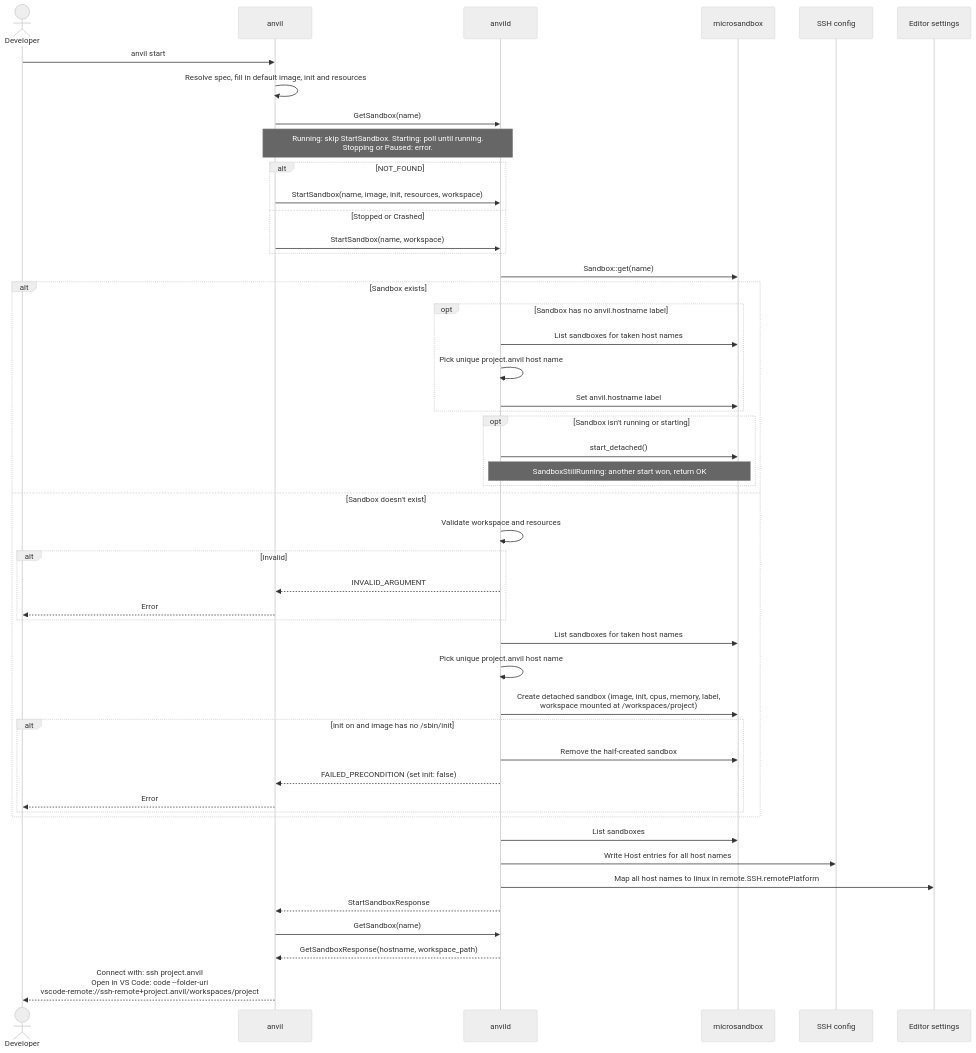
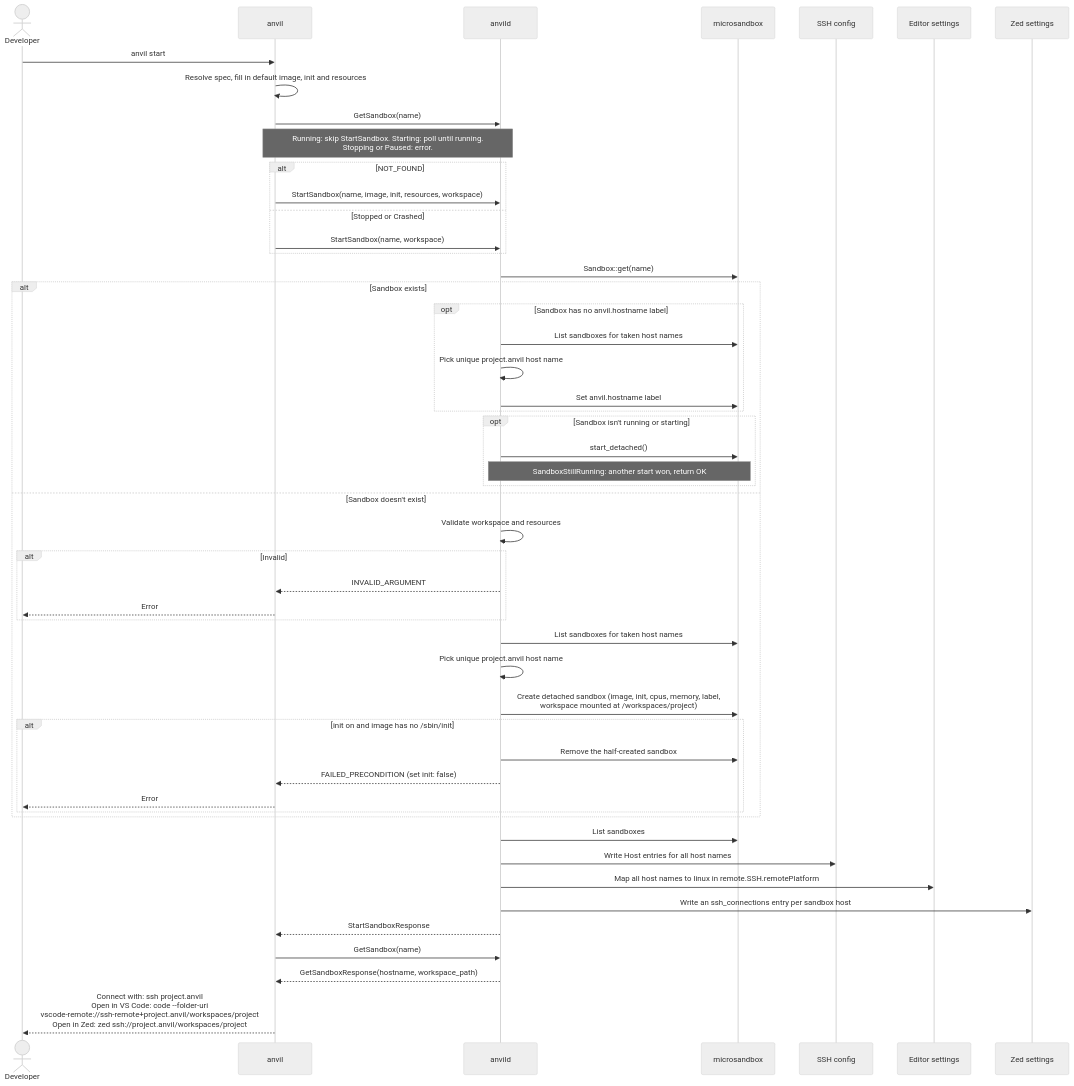
The third of 5 diagrams in docs/architecture/06-runtime-view.md (wmeints/anvil), drawn with Mermaid (neutral theme) before and after one commit. The commit also changed other lines of this file and 10 other files, not shown here.

First line of the commit message:
feat(daemon): register sandboxes as Zed remote projects and print an open command

````diff
--- a/docs/architecture/06-runtime-view.md
+++ b/docs/architecture/06-runtime-view.md
@@ -140,54 +140,56 @@
 ```mermaid
 sequenceDiagram
     actor Dev as Developer
     participant CLI as anvil
     participant D as anvild
     participant MS as microsandbox
     participant SSH as SSH config
     participant Ed as Editor settings
+    participant Zed as Zed settings
 
     Dev->>CLI: anvil start
     CLI->>CLI: Resolve spec, fill in default image, init and resources
     CLI->>D: GetSandbox(name)
     Note over CLI,D: Running: skip StartSandbox. Starting: poll until running.<br/>Stopping or Paused: error.
     alt NOT_FOUND
         CLI->>D: StartSandbox(name, image, init, resources, workspace)
     else Stopped or Crashed
         CLI->>D: StartSandbox(name, workspace)
     end
     D->>MS: Sandbox::get(name)
 
     alt Sandbox exists
         opt Sandbox has no anvil.hostname label
             D->>MS: List sandboxes for taken host names
             D->>D: Pick unique project.anvil host name
             D->>MS: Set anvil.hostname label
         end
         opt Sandbox isn't running or starting
             D->>MS: start_detached()
             Note over D,MS: SandboxStillRunning: another start won, return OK
         end
     else Sandbox doesn't exist
         D->>D: Validate workspace and resources
         alt Invalid
             D-->>CLI: INVALID_ARGUMENT
             CLI-->>Dev: Error
         end
         D->>MS: List sandboxes for taken host names
         D->>D: Pick unique project.anvil host name
         D->>MS: Create detached sandbox (image, init, cpus, memory, label,<br/>workspace mounted at /workspaces/project)
         alt init on and image has no /sbin/init
             D->>MS: Remove the half-created sandbox
             D-->>CLI: FAILED_PRECONDITION (set init: false)
             CLI-->>Dev: Error
         end
     end
 
     D->>MS: List sandboxes
     D->>SSH: Write Host entries for all host names
     D->>Ed: Map all host names to linux in remote.SSH.remotePlatform
+    D->>Zed: Write an ssh_connections entry per sandbox host
     D-->>CLI: StartSandboxResponse
     CLI->>D: GetSandbox(name)
     D-->>CLI: GetSandboxResponse(hostname, workspace_path)
-    CLI-->>Dev: Connect with: ssh project.anvil<br/>Open in VS Code: code --folder-uri<br/>vscode-remote://ssh-remote+project.anvil/workspaces/project
+    CLI-->>Dev: Connect with: ssh project.anvil<br/>Open in VS Code: code --folder-uri<br/>vscode-remote://ssh-remote+project.anvil/workspaces/project<br/>Open in Zed: zed ssh://project.anvil/workspaces/project
 ```
````
